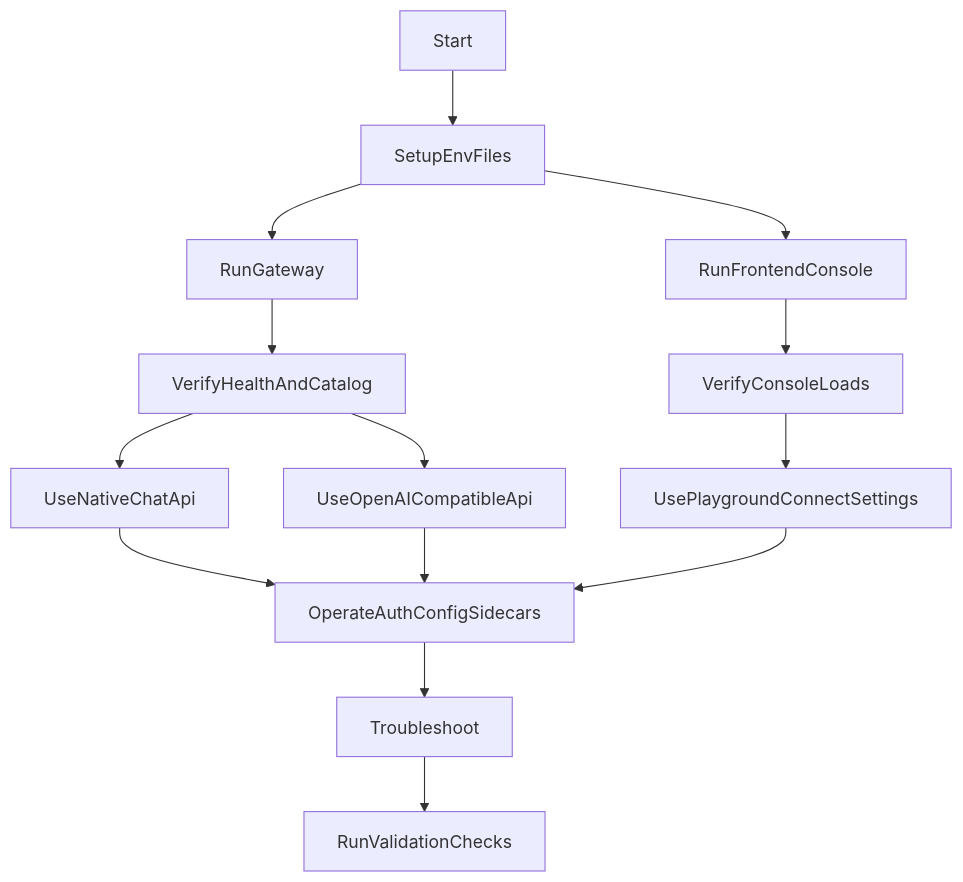
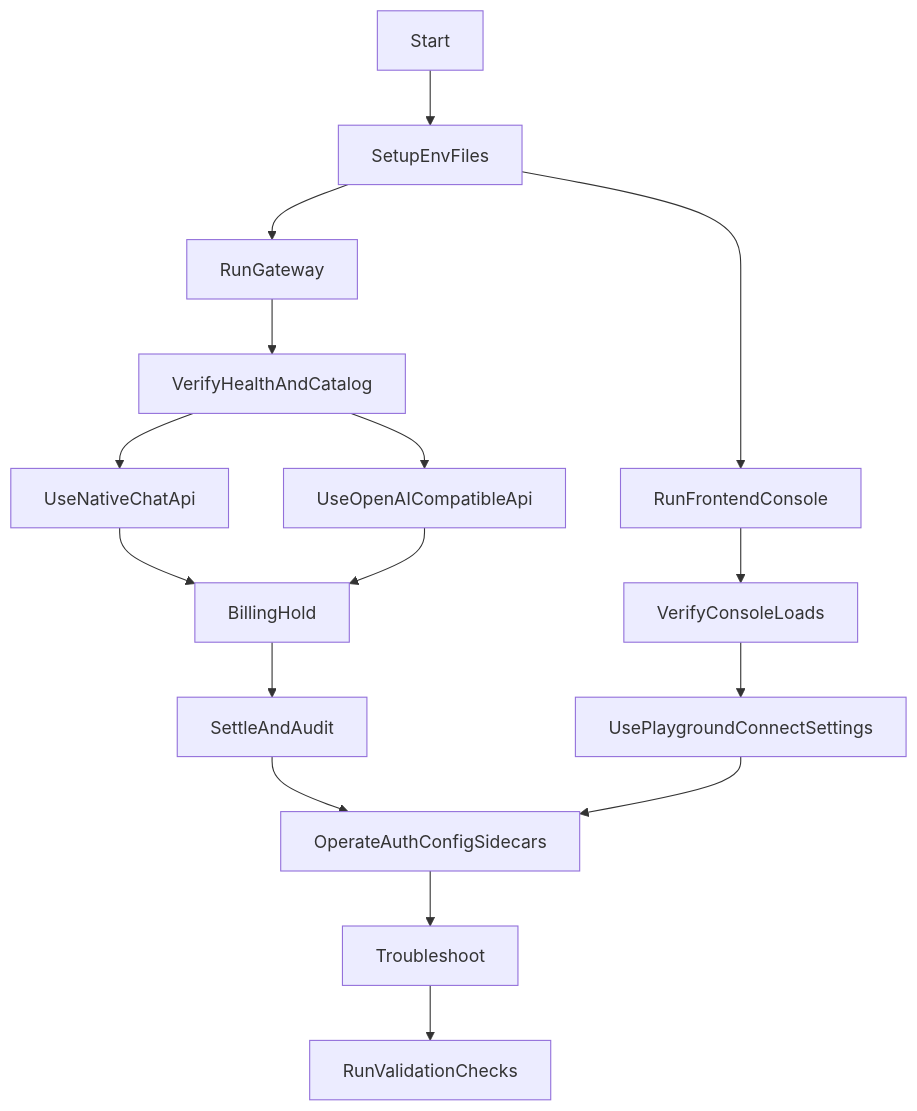
Before and after one commit to M1ndSmith/ReaLLM: the diagram in USAGE_WALKTHROUGH.md, drawn with Mermaid. The commit also changed other lines of this file and 100 other files, not shown here.

````diff
--- a/USAGE_WALKTHROUGH.md
+++ b/USAGE_WALKTHROUGH.md
@@ -31,17 +32,19 @@
 ```mermaid
 flowchart TD
   start[Start]
   start --> setup[SetupEnvFiles]
   setup --> runGateway[RunGateway]
   setup --> runFrontend[RunFrontendConsole]
   runGateway --> verifyApi[VerifyHealthAndCatalog]
   runFrontend --> verifyUi[VerifyConsoleLoads]
   verifyApi --> nativeUse[UseNativeChatApi]
   verifyApi --> openaiUse[UseOpenAICompatibleApi]
   verifyUi --> uiPlaybook[UsePlaygroundConnectSettings]
-  nativeUse --> ops[OperateAuthConfigSidecars]
-  openaiUse --> ops
+  nativeUse --> hold[BillingHold]
+  openaiUse --> hold
+  hold --> settle[SettleAndAudit]
+  settle --> ops[OperateAuthConfigSidecars]
   uiPlaybook --> ops
   ops --> troubleshoot[Troubleshoot]
   troubleshoot --> validate[RunValidationChecks]
 ```
````
